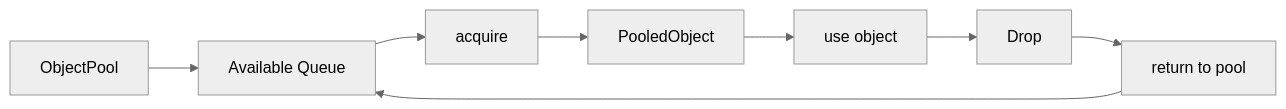
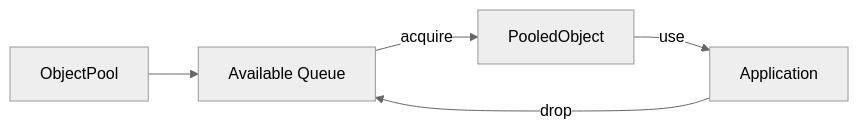
One commit to citadel-tech/Event-Loop changed the sixth of 8 diagrams in docs/Arch.md. Above: the diagram before and after it, drawn with Mermaid (neutral theme). The commit also changed other lines of this file, not shown here.

Commit message:
docs: enhance architecture documentation with detailed flowcharts and component descriptions

````diff
--- a/docs/Arch.md
+++ b/docs/Arch.md
@@ -147,10 +222,10 @@
 ```mermaid
-graph LR
-    A[ObjectPool] --> B[Available Queue]
-    B --> C[acquire]
-    C --> D[PooledObject]
-    D --> E[use object]
-    E --> F[Drop]
-    F --> G[return to pool]
-    G --> B
+flowchart LR
+    OP[ObjectPool]
+    Q[Available Queue]
+    
+    OP --> Q
+    Q -->|acquire| PO[PooledObject]
+    PO -->|use| U[Application]
+    U -->|drop| Q
 ```
````
